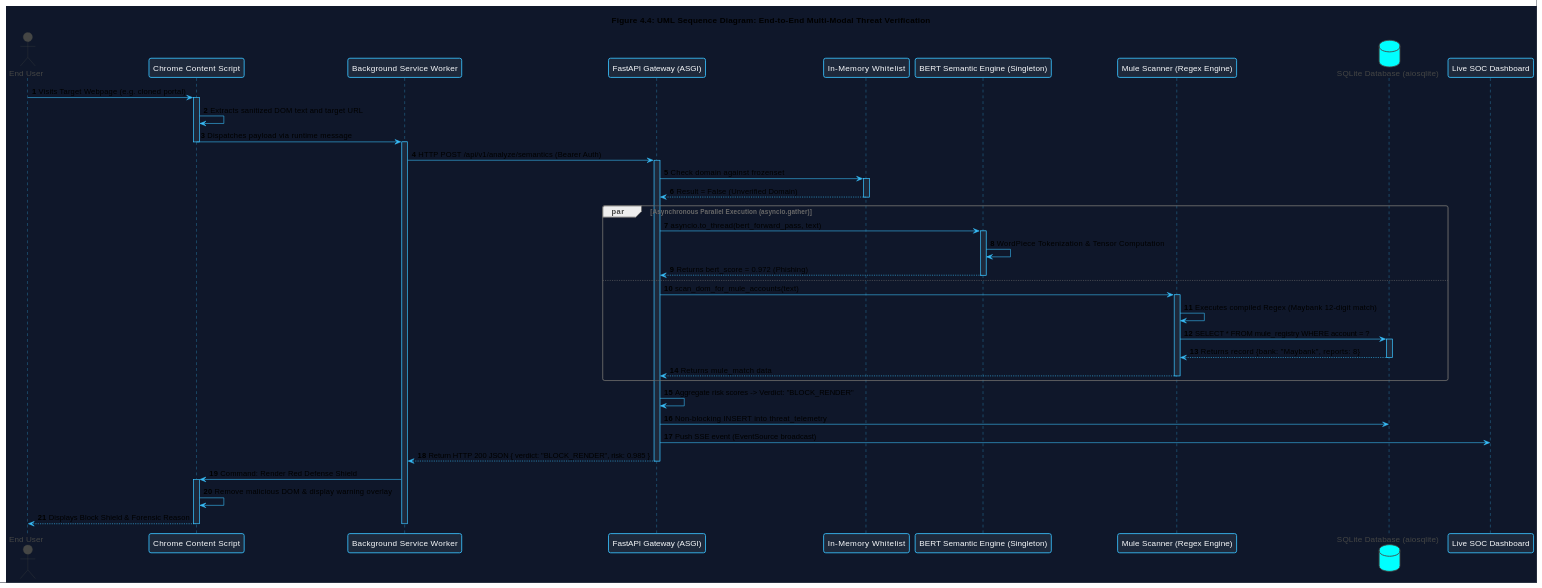
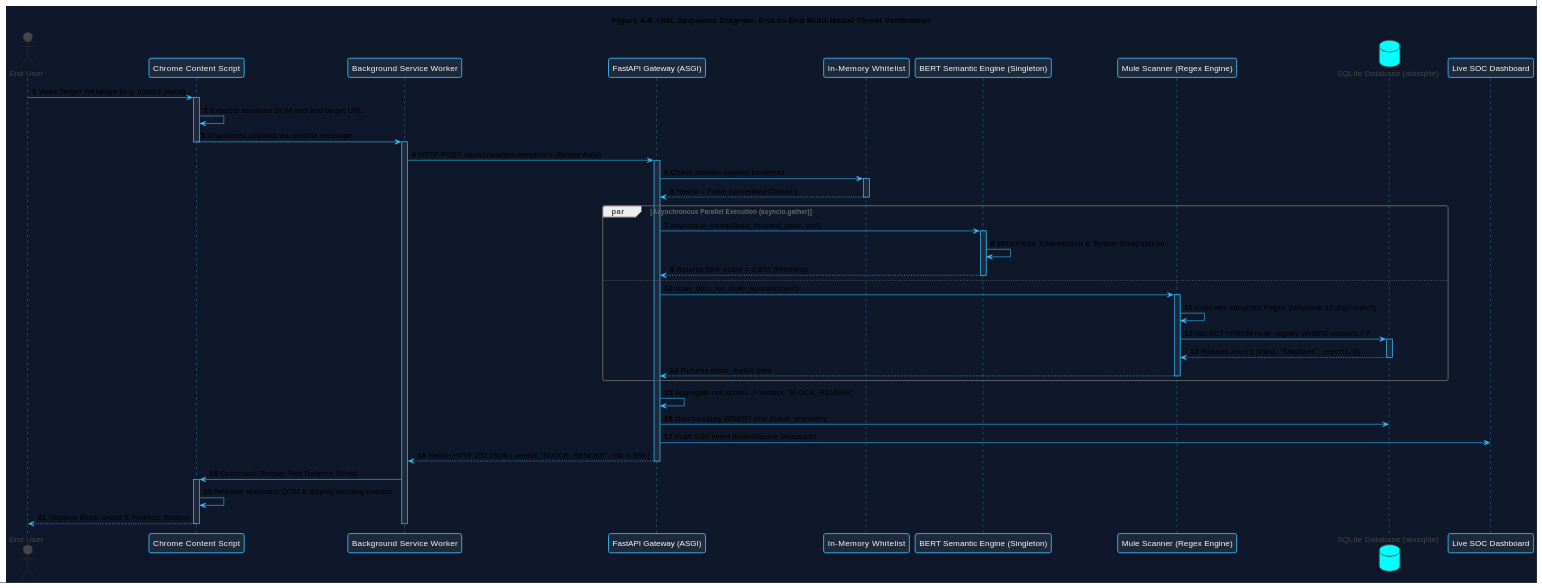
The fourth of 7 diagrams in report/Chapter_4_System_Design.md (KunTheNoobie/PhishGuard-AI-Complete), drawn with PlantUML before and after one commit. The commit also changed other lines of this file, not shown here.

````diff
--- a/report/Chapter_4_System_Design.md
+++ b/report/Chapter_4_System_Design.md
@@ -377,72 +437,72 @@
 ```plantuml
 @startuml Sequence_Diagram_Chapter_4
 !theme vibrant
 skinparam backgroundColor #0f172a
 skinparam ArrowColor #38bdf8
 skinparam SequenceLifeLineBorderColor #38bdf8
 skinparam SequenceLifeLineBackgroundColor #1e293b
 skinparam ParticipantBorderColor #38bdf8
 skinparam ParticipantBackgroundColor #1e293b
 skinparam ParticipantFontColor #f8fafc
 
 title Figure 4.4: UML Sequence Diagram: End-to-End Multi-Modal Threat Verification
 
 autonumber
 actor "End User" as User
 participant "Chrome Content Script" as CS
 participant "Background Service Worker" as SW
 participant "FastAPI Gateway (ASGI)" as API
 participant "In-Memory Whitelist" as White
 participant "BERT Semantic Engine (Singleton)" as BERT
 participant "Mule Scanner (Regex Engine)" as Mule
 database "SQLite Database (aiosqlite)" as DB
 participant "Live SOC Dashboard" as SOC
 
 User -> CS : Visits Target Webpage (e.g. cloned portal)
 activate CS
-CS -> CS : Extracts sanitized DOM text and target URL
+CS -> CS : Extracts sanitised DOM text and target URL
 CS -> SW : Dispatches payload via runtime message
 deactivate CS
 
 activate SW
 SW -> API : HTTP POST /api/v1/analyze/semantics (Bearer Auth)
 activate API
 
 API -> White : Check domain against frozenset
 activate White
 White --> API : Result = False (Unverified Domain)
 deactivate White
 
 par Asynchronous Parallel Execution (asyncio.gather)
     API -> BERT : asyncio.to_thread(bert_forward_pass, text)
     activate BERT
-    BERT -> BERT : WordPiece Tokenization & Tensor Computation
+    BERT -> BERT : WordPiece Tokenisation & Tensor Computation
     BERT --> API : Returns bert_score = 0.972 (Phishing)
     deactivate BERT
 else
     API -> Mule : scan_dom_for_mule_accounts(text)
     activate Mule
     Mule -> Mule : Executes compiled Regex (Maybank 12-digit match)
     Mule -> DB : SELECT * FROM mule_registry WHERE account = ?
     activate DB
     DB --> Mule : Returns record {bank: "Maybank", reports: 8}
     deactivate DB
     Mule --> API : Returns mule_match data
     deactivate Mule
 end
 
 API -> API : Aggregate risk scores -> Verdict: "BLOCK_RENDER"
 API -> DB : Non-blocking INSERT into threat_telemetry
 API -> SOC : Push SSE event (EventSource broadcast)
 API --> SW : Return HTTP 200 JSON { verdict: "BLOCK_RENDER", risk: 0.985 }
 deactivate API
 
-SW -> CS : Command: Render Red Defense Shield
+SW -> CS : Command: Render Red Defence Shield
 activate CS
 CS -> CS : Remove malicious DOM & display warning overlay
 CS --> User : Displays Block Shield & Forensic Reason
 deactivate CS
 deactivate SW
 
 @enduml
 ```
````
